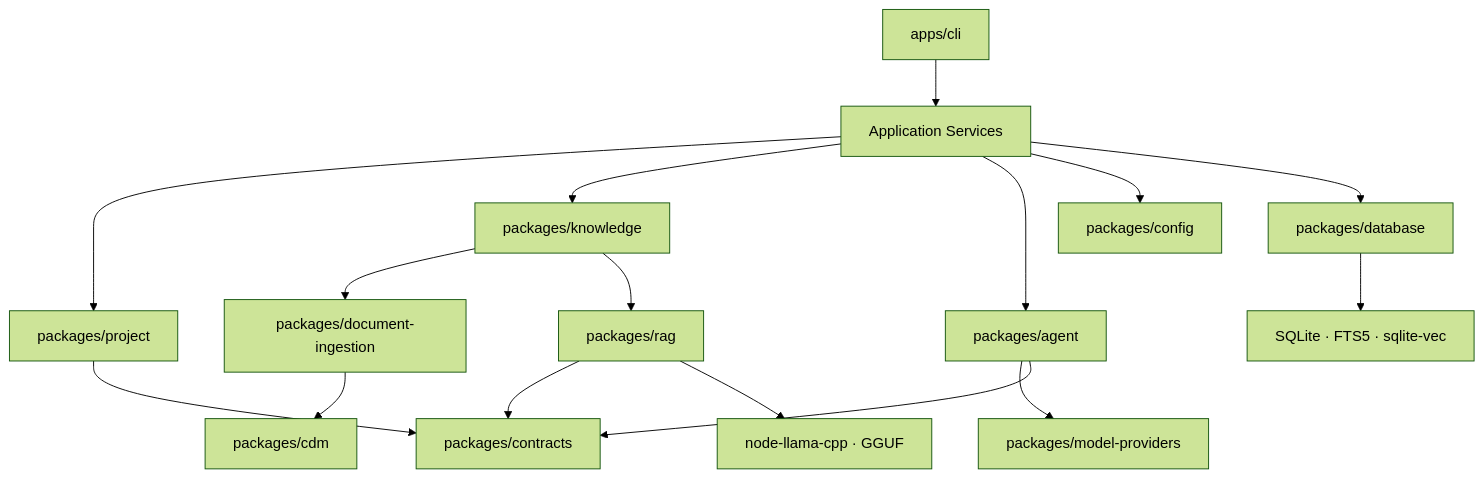
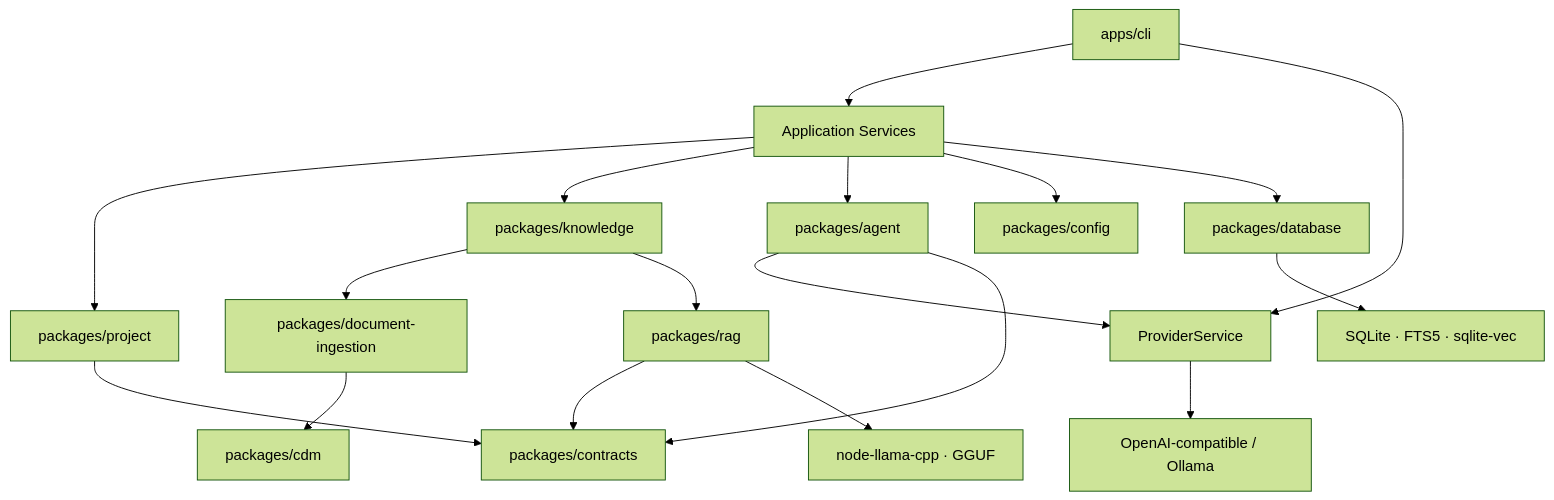
Before and after one commit to Mengman/CleoDoc: the first of 3 diagrams in docs/TECHNICAL_ARCHITECTURE.md, drawn with Mermaid (forest theme). The commit also changed other lines of this file and 28 other files, not shown here.

Commit message:
建立统一 ProviderService

````diff
--- a/docs/TECHNICAL_ARCHITECTURE.md
+++ b/docs/TECHNICAL_ARCHITECTURE.md
@@ -34,18 +34,20 @@
 ```mermaid
 flowchart TB
     CLI["apps/cli"] --> APP["Application Services"]
     APP --> PROJECT["packages/project"]
     APP --> KNOWLEDGE["packages/knowledge"]
     APP --> AGENT["packages/agent"]
     APP --> CONFIG["packages/config"]
-    AGENT --> PROVIDERS["packages/model-providers"]
+    CLI --> PROVIDER_SERVICE["ProviderService"]
+    AGENT --> PROVIDER_SERVICE
+    PROVIDER_SERVICE --> PROVIDERS["OpenAI-compatible / Ollama"]
     KNOWLEDGE --> INGEST["packages/document-ingestion"]
     KNOWLEDGE --> RAG["packages/rag"]
     INGEST --> CDM["packages/cdm"]
     APP --> DATABASE["packages/database"]
     PROJECT --> CONTRACTS["packages/contracts"]
     AGENT --> CONTRACTS
     RAG --> CONTRACTS
     DATABASE --> SQLITE["SQLite · FTS5 · sqlite-vec"]
     RAG --> LLAMA["node-llama-cpp · GGUF"]
 ```
````
